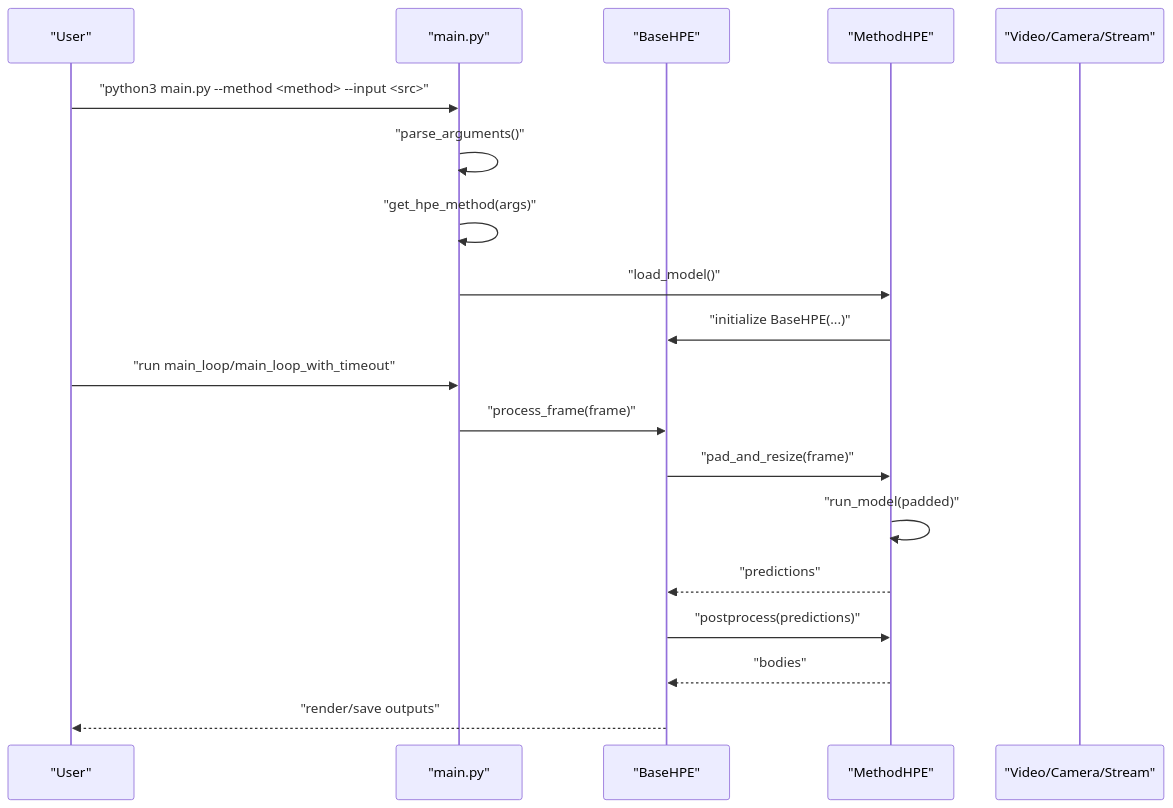
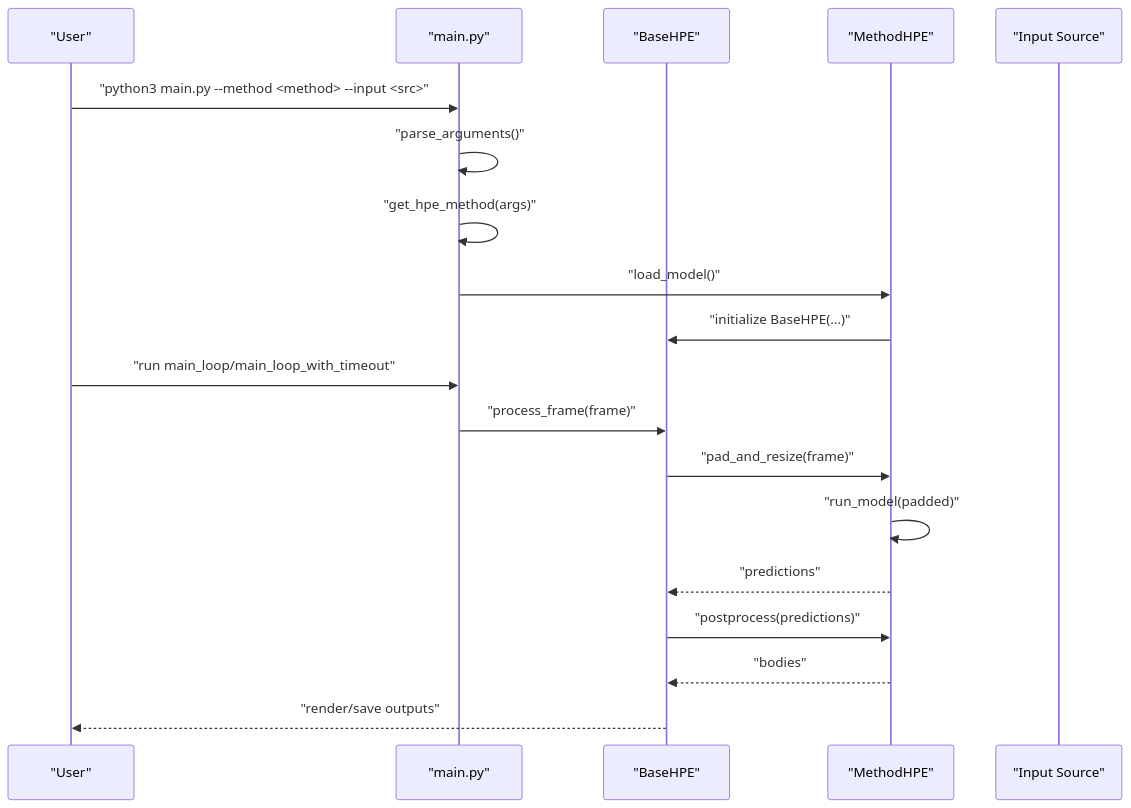
One commit to Fogus-Gr/MeasurementsDTs changed the second of 3 diagrams in .qoder/repowiki/en/content/Getting Started.md. Above: the diagram before and after it, drawn with Mermaid. The commit also changed other lines of this file and 8 other files, not shown here.

````diff
--- a/.qoder/repowiki/en/content/Getting Started.md
+++ b/.qoder/repowiki/en/content/Getting Started.md
@@ -95,21 +97,21 @@
 ```mermaid
 sequenceDiagram
 participant U as "User"
 participant M as "main.py"
 participant B as "BaseHPE"
 participant H as "MethodHPE"
-participant V as "Video/Camera/Stream"
+participant V as "Input Source"
 U->>M : "python3 main.py --method <method> --input <src>"
 M->>M : "parse_arguments()"
 M->>M : "get_hpe_method(args)"
 M->>H : "load_model()"
 H->>B : "initialize BaseHPE(...)"
 U->>M : "run main_loop/main_loop_with_timeout"
 M->>B : "process_frame(frame)"
 B->>H : "pad_and_resize(frame)"
 H->>H : "run_model(padded)"
 H-->>B : "predictions"
 B->>H : "postprocess(predictions)"
 H-->>B : "bodies"
 B-->>U : "render/save outputs"
 ```
````
